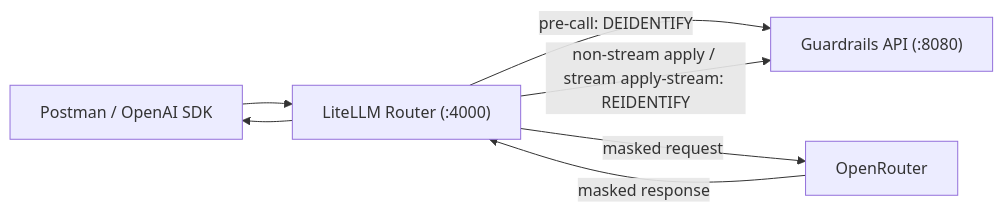
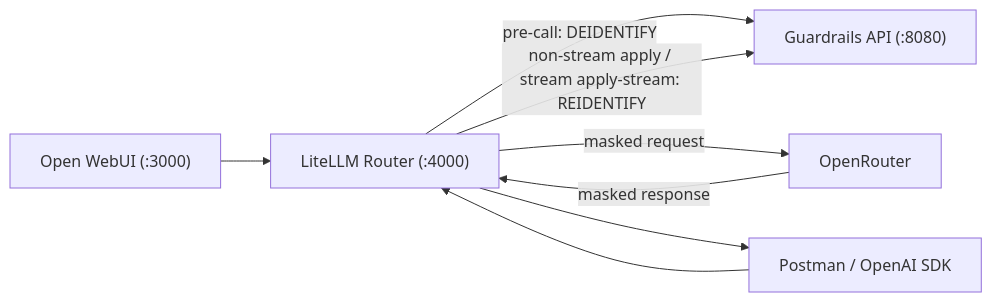
The diagram in integrations/litellm_openrouter/README.md (antimatter-ai-org/guardrails), drawn with Mermaid before and after one commit. The commit also changed other lines of this file and 1 other file, not shown here.

Commit message:
Add Open WebUI to LiteLLM integration compose

````diff
--- a/integrations/litellm_openrouter/README.md
+++ b/integrations/litellm_openrouter/README.md
@@ -15,9 +16,10 @@
 ```mermaid
 flowchart LR
-    C["Postman / OpenAI SDK"] --> R["LiteLLM Router (:4000)"]
+    U["Open WebUI (:3000)"] --> R["LiteLLM Router (:4000)"]
+    C["Postman / OpenAI SDK"] --> R
     R -->|pre-call: DEIDENTIFY| G["Guardrails API (:8080)"]
     R -->|masked request| O["OpenRouter"]
     O -->|masked response| R
     R -->|non-stream apply / stream apply-stream: REIDENTIFY| G
     R --> C
 ```
````
